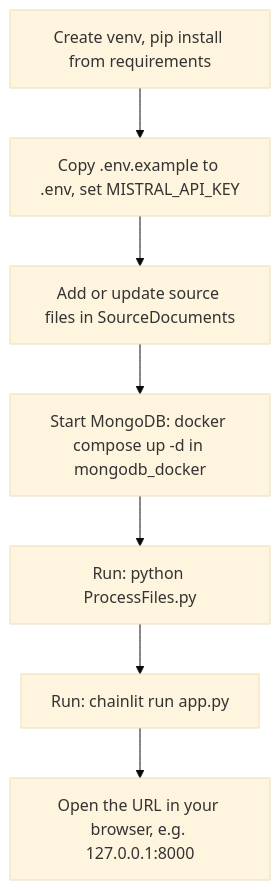
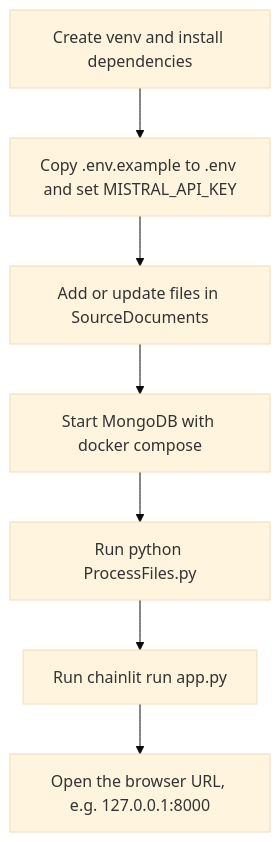
Before and after one commit to rendzina/Giulia-Chatbot-v1: the diagram in README.md, drawn with Mermaid (base theme). The commit also changed other lines of this file and 7 other files, not shown here.

Commit message:
Enhance documentation: updated app.py with project details and credits, improved chainlit-example.md to clarify its purpose, and refined OCR_PDF_PreProcessingWorkflow.md for better clarity on the workflow. Adjusted README.md for consistency and added a note on OCR requirements for scanned PDFs.

````diff
--- a/README.md
+++ b/README.md
@@ -42,16 +38,16 @@
 ```mermaid
 flowchart TD
-  firstVenv[Create venv, pip install from requirements]
-  firstEnv[Copy .env.example to .env, set MISTRAL_API_KEY]
-  addPdfs[Add or update source files in SourceDocuments]
-  dockerMongo[Start MongoDB: docker compose up -d in mongodb_docker]
-  ingest[Run: python ProcessFiles.py]
-  ui[Run: chainlit run app.py]
-  openBrowser["Open the URL in your browser, e.g. 127.0.0.1:8000"]
+  firstVenv[Create venv and install dependencies]
+  firstEnv[Copy .env.example to .env and set MISTRAL_API_KEY]
+  addFiles[Add or update files in SourceDocuments]
+  startMongo[Start MongoDB with docker compose]
+  ingest[Run python ProcessFiles.py]
+  runUi[Run chainlit run app.py]
+  openUi["Open the browser URL, e.g. 127.0.0.1:8000"]
   firstVenv --> firstEnv
-  firstEnv --> addPdfs
-  addPdfs --> dockerMongo
-  dockerMongo --> ingest
-  ingest --> ui
-  ui --> openBrowser
+  firstEnv --> addFiles
+  addFiles --> startMongo
+  startMongo --> ingest
+  ingest --> runUi
+  runUi --> openUi
 ```
````
